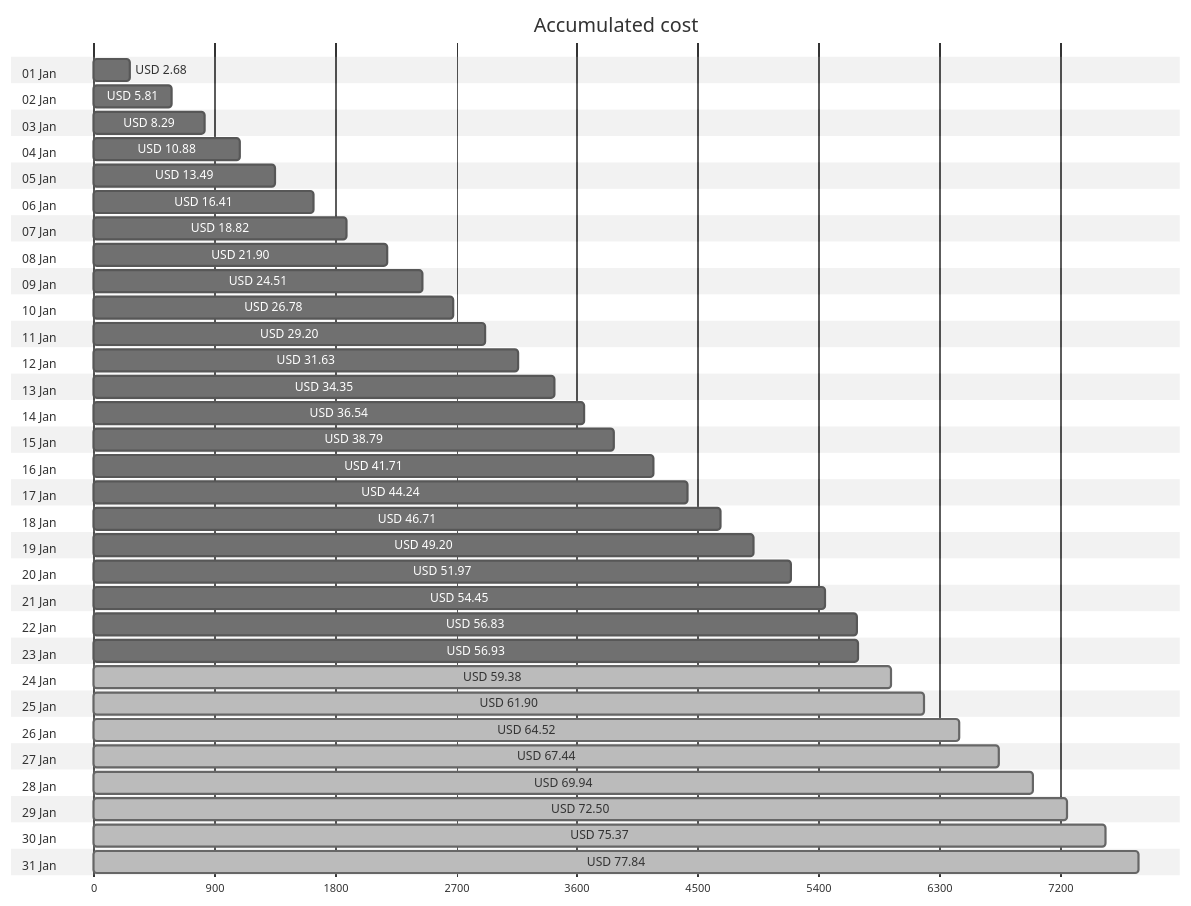
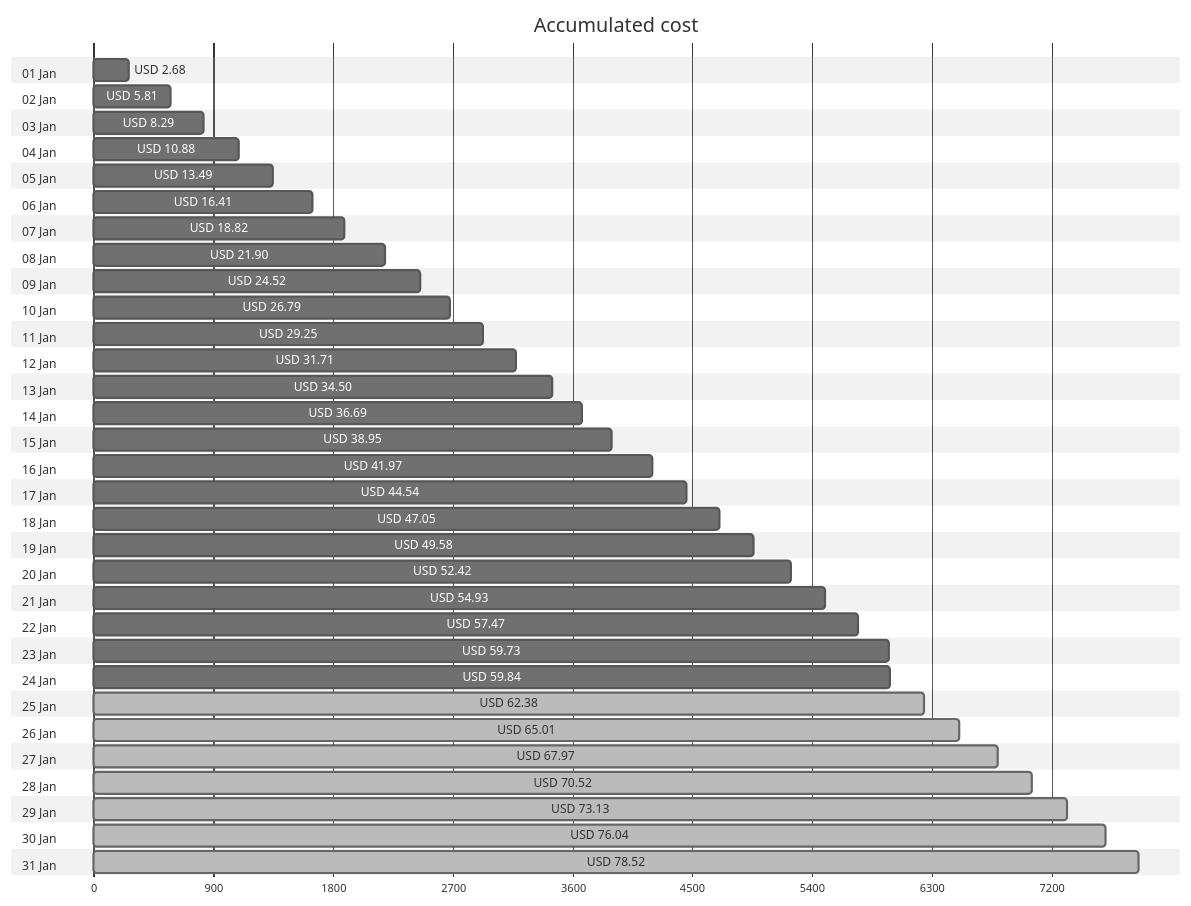
One commit to jpfulton/azure-personal-reports changed the first of 4 diagrams in cost-reports/accumulated-cost.md. Above: the diagram before and after it, drawn with Mermaid (neutral theme). The commit also changed other lines of this file and 4 other files, not shown here.

````diff
--- a/cost-reports/accumulated-cost.md
+++ b/cost-reports/accumulated-cost.md
@@ -20,68 +20,68 @@
 ```mermaid
 gantt
    title Accumulated cost
    dateFormat  X
    axisFormat %s
    section 01 Jan
    USD 2.68 :0, 268
    section 02 Jan
    USD 5.81 :0, 581
    section 03 Jan
    USD 8.29 :0, 829
    section 04 Jan
    USD 10.88 :0, 1088
    section 05 Jan
    USD 13.49 :0, 1349
    section 06 Jan
    USD 16.41 :0, 1641
    section 07 Jan
    USD 18.82 :0, 1882
    section 08 Jan
    USD 21.90 :0, 2190
    section 09 Jan
-   USD 24.51 :0, 2451
+   USD 24.52 :0, 2452
    section 10 Jan
-   USD 26.78 :0, 2678
+   USD 26.79 :0, 2679
    section 11 Jan
-   USD 29.20 :0, 2920
+   USD 29.25 :0, 2925
    section 12 Jan
-   USD 31.63 :0, 3163
+   USD 31.71 :0, 3171
    section 13 Jan
-   USD 34.35 :0, 3435
+   USD 34.50 :0, 3450
    section 14 Jan
-   USD 36.54 :0, 3654
+   USD 36.69 :0, 3669
    section 15 Jan
-   USD 38.79 :0, 3879
+   USD 38.95 :0, 3895
    section 16 Jan
-   USD 41.71 :0, 4171
+   USD 41.97 :0, 4197
    section 17 Jan
-   USD 44.24 :0, 4424
+   USD 44.54 :0, 4454
    section 18 Jan
-   USD 46.71 :0, 4671
+   USD 47.05 :0, 4705
    section 19 Jan
-   USD 49.20 :0, 4920
+   USD 49.58 :0, 4958
    section 20 Jan
-   USD 51.97 :0, 5197
+   USD 52.42 :0, 5242
    section 21 Jan
-   USD 54.45 :0, 5445
+   USD 54.93 :0, 5493
    section 22 Jan
-   USD 56.83 :0, 5683
+   USD 57.47 :0, 5747
    section 23 Jan
-   USD 56.93 :0, 5693
+   USD 59.73 :0, 5973
    section 24 Jan
-   USD 59.38 : done, 0, 5938
+   USD 59.84 :0, 5984
    section 25 Jan
-   USD 61.90 : done, 0, 6190
+   USD 62.38 : done, 0, 6238
    section 26 Jan
-   USD 64.52 : done, 0, 6452
+   USD 65.01 : done, 0, 6501
    section 27 Jan
-   USD 67.44 : done, 0, 6744
+   USD 67.97 : done, 0, 6797
    section 28 Jan
-   USD 69.94 : done, 0, 6994
+   USD 70.52 : done, 0, 7052
    section 29 Jan
-   USD 72.50 : done, 0, 7250
+   USD 73.13 : done, 0, 7313
    section 30 Jan
-   USD 75.37 : done, 0, 7537
+   USD 76.04 : done, 0, 7604
    section 31 Jan
-   USD 77.84 : done, 0, 7784
+   USD 78.52 : done, 0, 7852
 ```
````
